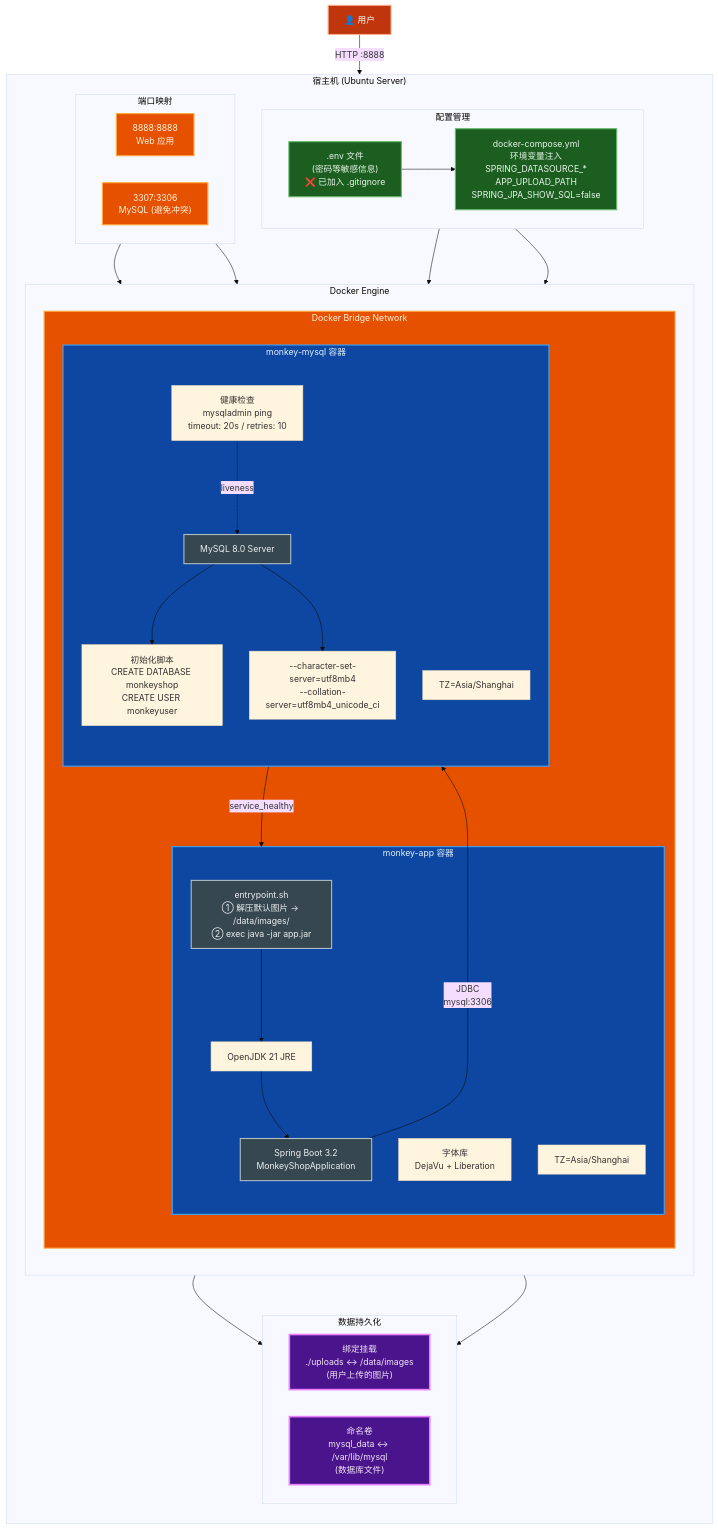
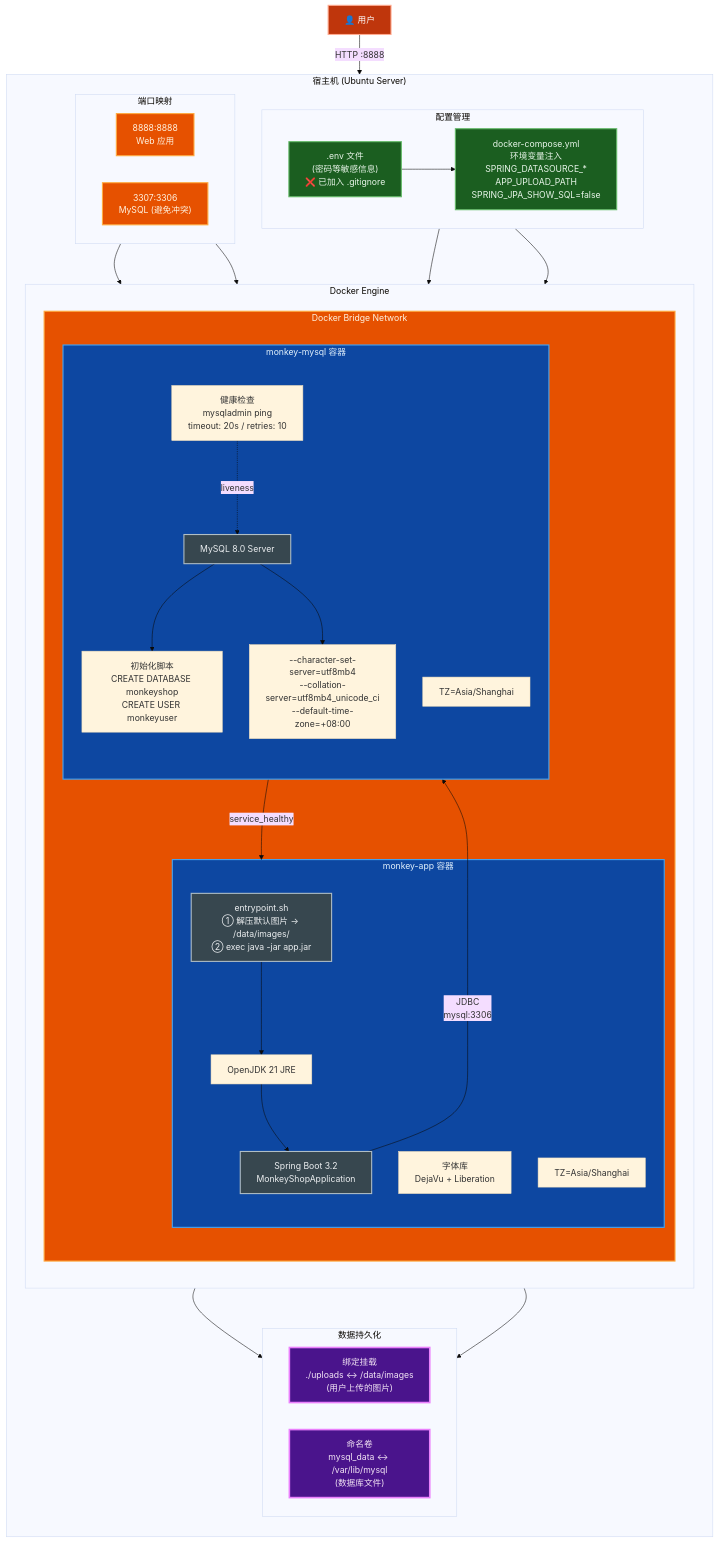
The diagram in 架构图-容器化部署.mermaid (haohaizi554/monkey-shop), drawn with Mermaid (base theme) before and after one commit. The commit also changed 4 other files, not shown here.

Commit message:
docs: update docs and diagrams for MySQL timezone and dashboard fixes

```diff
--- a/架构图-容器化部署.mermaid
+++ b/架构图-容器化部署.mermaid
@@ -1,92 +1,92 @@
 %% MonkeyShop 容器化部署架构图
 %% 展示 Docker Compose 编排、网络、存储、启动流程
 flowchart TB
     subgraph Host["宿主机 (Ubuntu Server)"]
         direction TB
 
         subgraph DockerEngine["Docker Engine"]
             direction TB
 
             subgraph Network["Docker Bridge Network"]
                 direction TB
 
                 subgraph AppContainer["monkey-app 容器"]
                     direction TB
                     Entrypoint["entrypoint.sh<br/>① 解压默认图片 → /data/images/<br/>② exec java -jar app.jar"]
                     JRE["OpenJDK 21 JRE"]
                     App["Spring Boot 3.2<br/>MonkeyShopApplication"]
                     Fonts["字体库<br/>DejaVu + Liberation"]
                     TZ_App["TZ=Asia/Shanghai"]
 
                     Entrypoint --> JRE --> App
                 end
 
                 subgraph MySQLContainer["monkey-mysql 容器"]
                     direction TB
                     MySQL["MySQL 8.0 Server"]
                     InitDB["初始化脚本<br/>CREATE DATABASE monkeyshop<br/>CREATE USER monkeyuser"]
-                    CharSet["--character-set-server=utf8mb4<br/>--collation-server=utf8mb4_unicode_ci"]
+                    CharSet["--character-set-server=utf8mb4<br/>--collation-server=utf8mb4_unicode_ci<br/>--default-time-zone=+08:00"]
                     TZ_DB["TZ=Asia/Shanghai"]
                     HealthCheck["健康检查<br/>mysqladmin ping<br/>timeout: 20s / retries: 10"]
 
                     MySQL --> InitDB
                     MySQL --> CharSet
                     HealthCheck -.->|"liveness"| MySQL
                 end
             end
 
             App -->|"JDBC<br/>mysql:3306"| MySQL
         end
 
         subgraph Volumes["数据持久化"]
             direction LR
             BindMount["绑定挂载<br/>./uploads ↔ /data/images<br/>(用户上传的图片)"]
             NamedVol["命名卷<br/>mysql_data ↔ /var/lib/mysql<br/>(数据库文件)"]
         end
 
         subgraph EnvConfig["配置管理"]
             direction LR
             EnvFile[".env 文件<br/>(密码等敏感信息)<br/>❌ 已加入 .gitignore"]
             ComposeEnv["docker-compose.yml<br/>环境变量注入<br/>SPRING_DATASOURCE_*<br/>APP_UPLOAD_PATH<br/>SPRING_JPA_SHOW_SQL=false"]
         end
 
         subgraph Ports["端口映射"]
             direction LR
             Port8888["8888:8888<br/>Web 应用"]
             Port3307["3307:3306<br/>MySQL (避免冲突)"]
         end
     end
 
     User["👤 用户"] -->|"HTTP :8888"| Port8888
     Port8888 --> App
     Port3307 --> MySQL
 
     AppContainer --> BindMount
     MySQLContainer --> NamedVol
 
     EnvFile --> ComposeEnv
     ComposeEnv --> AppContainer
     ComposeEnv --> MySQLContainer
 
     MySQLContainer -->|"service_healthy"| AppContainer
 
     classDef container fill:#0d47a1,stroke:#42a5f5,stroke-width:2px,color:#e3f2fd
     classDef storage fill:#4a148c,stroke:#ea80fc,stroke-width:3px,color:#f3e5f5
     classDef config fill:#1b5e20,stroke:#66bb6a,stroke-width:2px,color:#e8f5e9
     classDef network fill:#e65100,stroke:#ffab40,stroke-width:2px,color:#fff3e0
     classDef process fill:#37474f,stroke:#b0bec5,stroke-width:2px,color:#eceff1
     classDef actor fill:#bf360c,stroke:#ffab91,stroke-width:2px,color:#fff
 
     AppContainer:::container
     MySQLContainer:::container
     BindMount:::storage
     NamedVol:::storage
     EnvFile:::config
     ComposeEnv:::config
     Port8888:::network
     Port3307:::network
     Network:::network
     Entrypoint:::process
     App:::process
     MySQL:::process
     User:::actor
```
